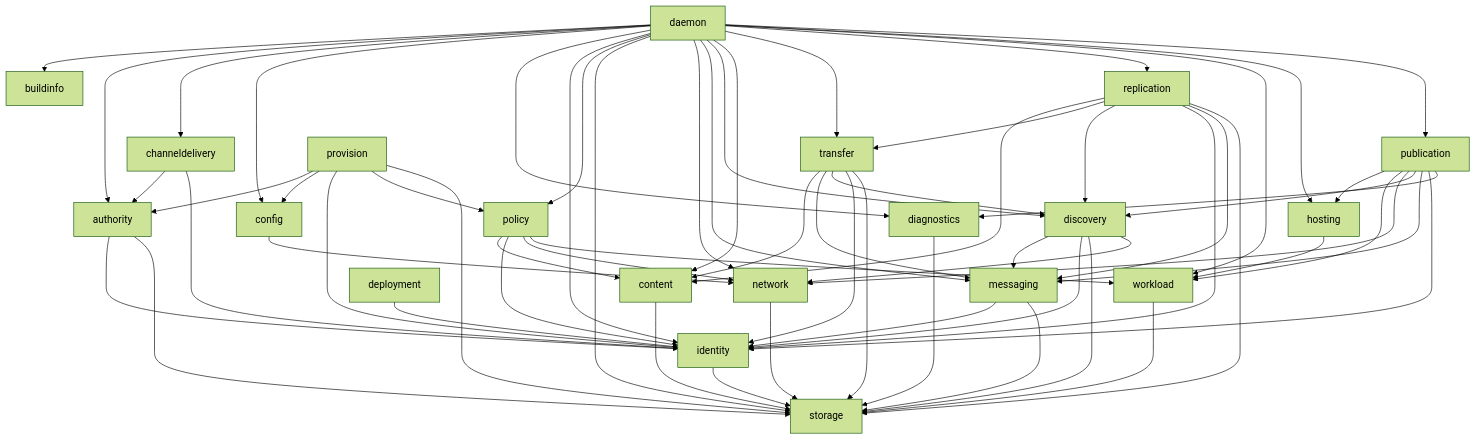
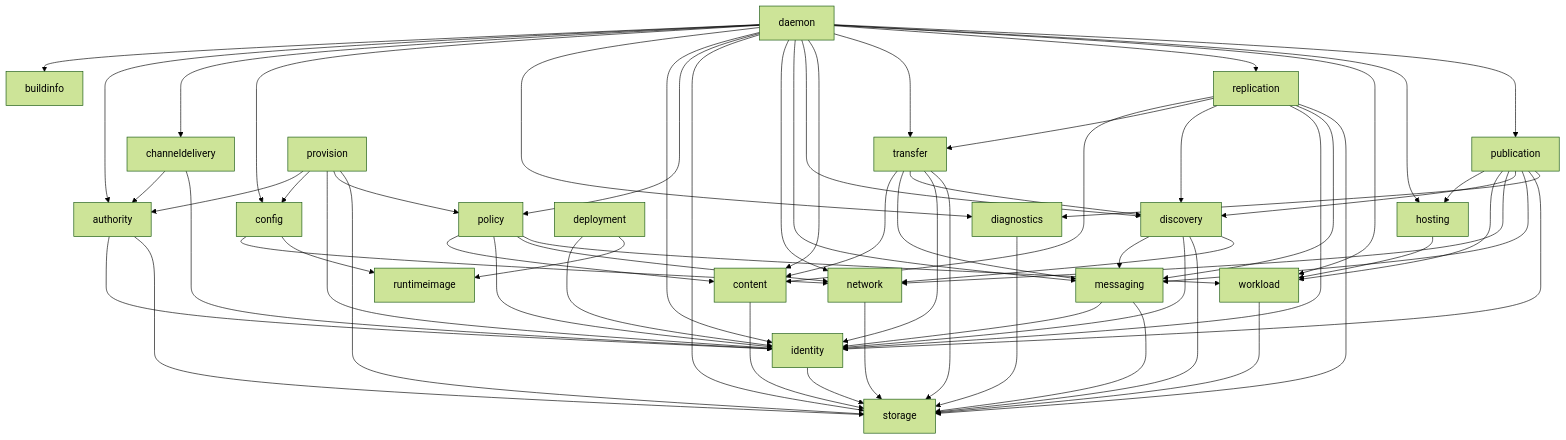
Before and after one commit to dianabuilds/ardents-network: the diagram in docs/engineering/codebase-architecture.md, drawn with Mermaid (forest theme). The commit also changed other lines of this file and 14 other files, not shown here.

```diff
--- a/docs/engineering/codebase-architecture.md
+++ b/docs/engineering/codebase-architecture.md
@@ -480,6 +483,7 @@
     identity[identity]
     policy[policy]
     config[config]
+    runtimeimage[runtimeimage]
     network[network]
     messaging[messaging]
     discovery[discovery]
@@ -501,6 +505,7 @@
     messaging --> identity
     messaging --> storage
     config --> network
+    config --> runtimeimage
     policy --> content
     policy --> identity
     policy --> network
@@ -535,6 +540,7 @@
     channeldelivery --> authority
     channeldelivery --> identity
     deployment --> identity
+    deployment --> runtimeimage
     provision --> authority
     provision --> config
     provision --> identity
```
